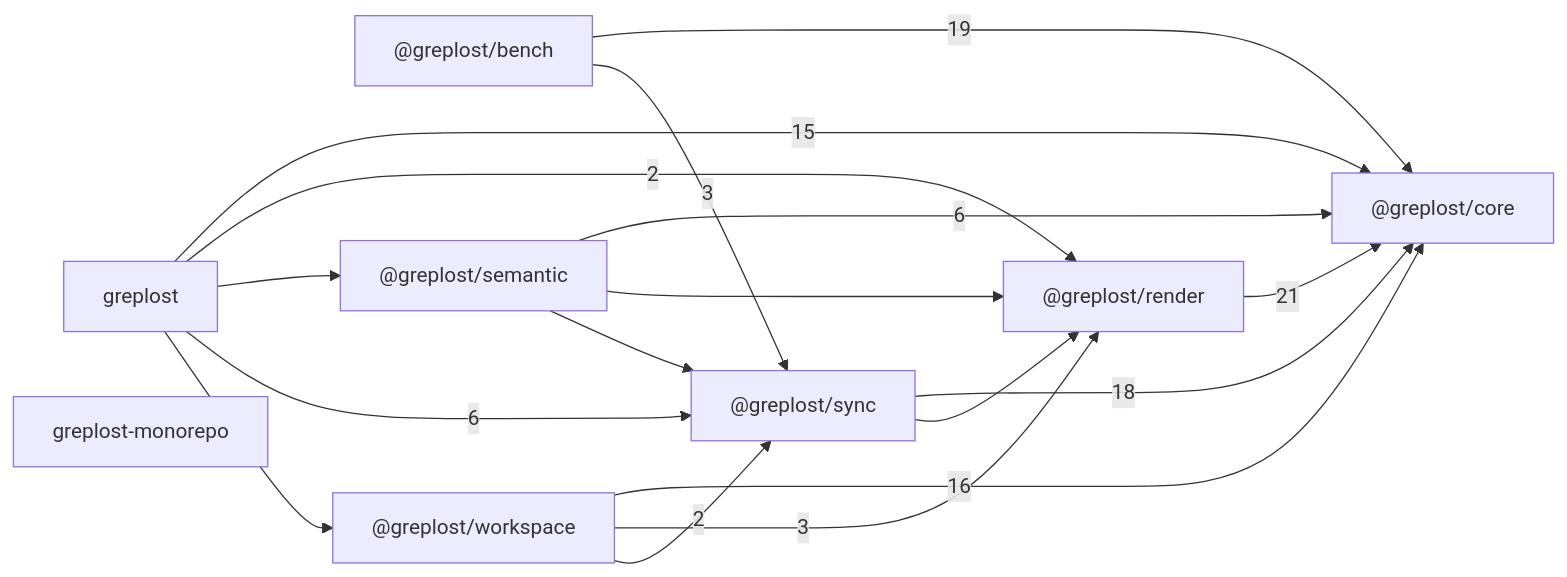
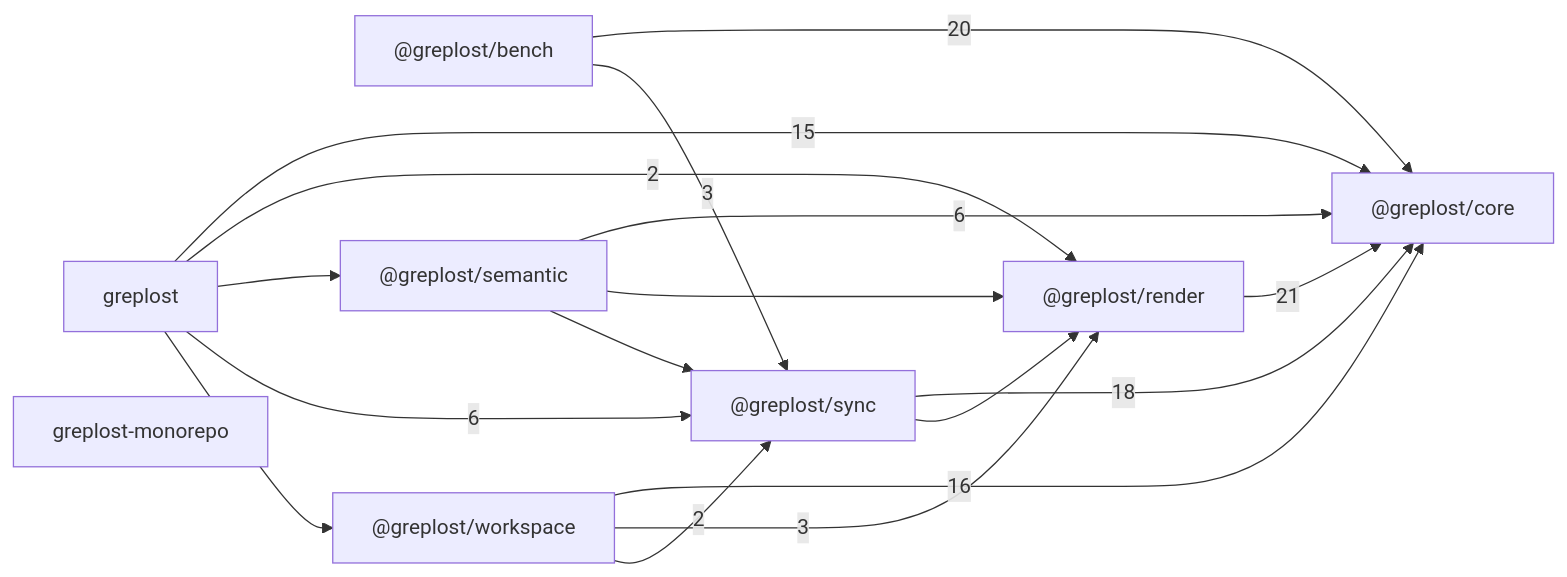
The diagram in .greplost/repo/MAP.md (sns45/greplost), drawn with Mermaid before and after one commit. The commit also changed other lines of this file and 17 other files, not shown here.

````diff
--- a/.greplost/repo/MAP.md
+++ b/.greplost/repo/MAP.md
@@ -21,27 +21,27 @@
 ```mermaid
 graph LR
   _greplost_bench["@greplost/bench"]
   _greplost_core["@greplost/core"]
   _greplost_render["@greplost/render"]
   _greplost_semantic["@greplost/semantic"]
   _greplost_sync["@greplost/sync"]
   _greplost_workspace["@greplost/workspace"]
   greplost["greplost"]
   greplost_monorepo["greplost-monorepo"]
-  _greplost_bench -->|19| _greplost_core
+  _greplost_bench -->|20| _greplost_core
   _greplost_bench -->|3| _greplost_sync
   _greplost_render -->|21| _greplost_core
   _greplost_semantic -->|6| _greplost_core
   _greplost_semantic --> _greplost_render
   _greplost_semantic --> _greplost_sync
   _greplost_sync -->|18| _greplost_core
   _greplost_sync --> _greplost_render
   _greplost_workspace -->|16| _greplost_core
   _greplost_workspace -->|3| _greplost_render
   _greplost_workspace -->|2| _greplost_sync
   greplost -->|15| _greplost_core
   greplost -->|2| _greplost_render
   greplost --> _greplost_semantic
   greplost -->|6| _greplost_sync
   greplost --> _greplost_workspace
 ```
````
